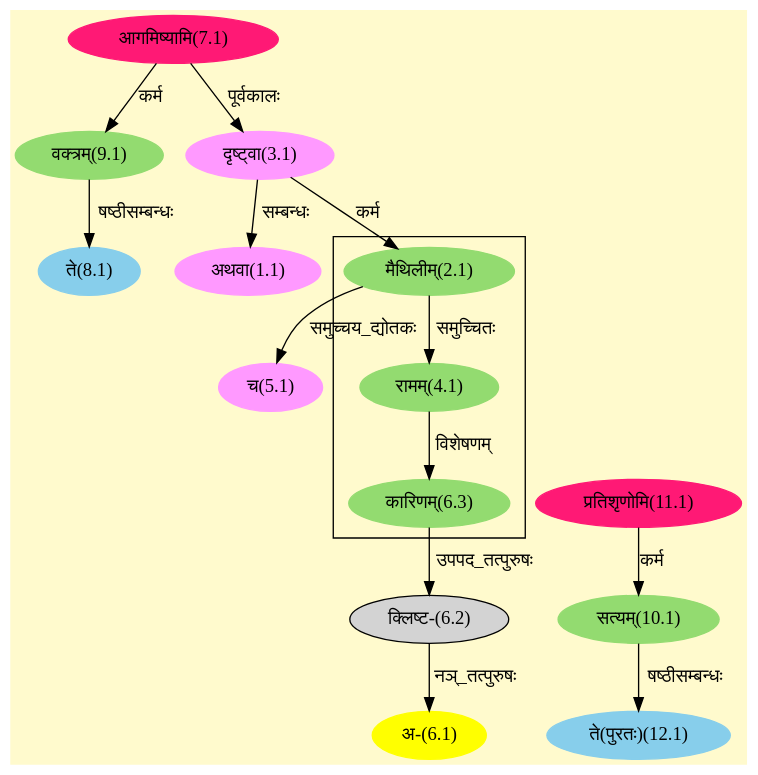
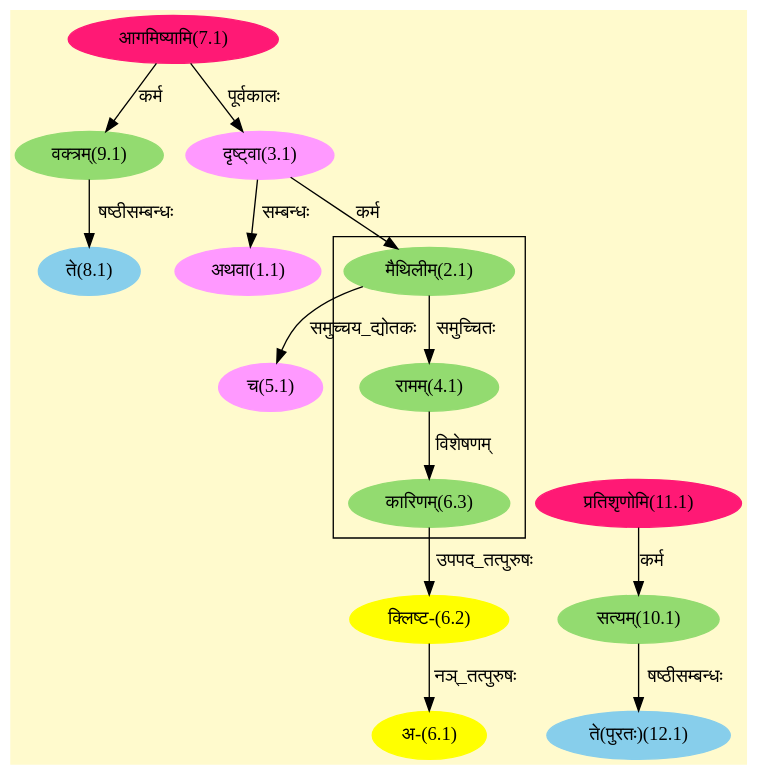
Before and after one commit to amarranjan1/skd.github.io: the diagram in assets/graphs/01_148_1.dot, drawn with Graphviz. The commit also changed 60 other files, not shown here.

```diff
--- a/assets/graphs/01_148_1.dot
+++ b/assets/graphs/01_148_1.dot
@@ -1,40 +1,40 @@
 digraph G{
 rankdir=BT;
  compound=true;
  bgcolor="lemonchiffon1";
 
 subgraph cluster_1{
 Node4_1 [style=filled, color="#93DB70" label = "रामम्(4.1)"]
 Node2_1 [style=filled, color="#93DB70" label = "मैथिलीम्(2.1)"]
 Node6_3 [style=filled, color="#93DB70" label = "कारिणम्(6.3)"]
 
 }
 Node1_1 [style=filled, color="#FF99FF" label = "अथवा(1.1)"]
 Node3_1 [style=filled, color="#FF99FF" label = "दृष्ट्वा(3.1)"]
 Node2_1 [style=filled, color="#93DB70" label = "मैथिलीम्(2.1)"]
 Node7_1 [style=filled, color="#FF1975" label = "आगमिष्यामि(7.1)"]
 Node5_1 [style=filled, color="#FF99FF" label = "च(5.1)"]
 Node6_1 [style=filled, color="#FFFF00" label = "अ-(6.1)"]
-Node6_2 [style=filled, color="" label = "क्लिष्ट-(6.2)"]
+Node6_2 [style=filled, color="#FFFF00" label = "क्लिष्ट-(6.2)"]
 Node6_3 [style=filled, color="#93DB70" label = "कारिणम्(6.3)"]
 Node [style=filled, color="" label = "()"]
 Node8_1 [style=filled, color="#87CEEB" label = "ते(8.1)"]
 Node9_1 [style=filled, color="#93DB70" label = "वक्त्रम्(9.1)"]
 Node10_1 [style=filled, color="#93DB70" label = "सत्यम्(10.1)"]
 Node11_1 [style=filled, color="#FF1975" label = "प्रतिशृणोमि(11.1)"]
 Node12_1 [style=filled, color="#87CEEB" label = "ते(पुरतः)(12.1)"]
 /* Start of Relations section */
 
 Node1_1 -> Node3_1 [  label="सम्बन्धः"  dir="back" ]
 Node2_1 -> Node3_1 [  label="कर्म"  dir="back" ]
 Node3_1 -> Node7_1 [  label="पूर्वकालः"  dir="back" ]
 Node4_1 -> Node2_1 [  label="समुच्चितः"  dir="back" ]
 Node5_1 -> Node2_1 [  label="समुच्चय_द्योतकः"  dir="back" ]
 Node6_1 -> Node6_2 [  label="नञ्_तत्पुरुषः"  dir="back" ]
 Node6_2 -> Node6_3 [  label="उपपद_तत्पुरुषः"  dir="back" ]
 Node6_3 -> Node4_1 [  label="विशेषणम्"  dir="back" ]
 Node8_1 -> Node9_1 [  label="षष्ठीसम्बन्धः"  dir="back" ]
 Node9_1 -> Node7_1 [  label="कर्म"  dir="back" ]
 Node10_1 -> Node11_1 [  label="कर्म"  dir="back" ]
 Node12_1 -> Node10_1 [  label="षष्ठीसम्बन्धः"  dir="back" ]
 }
```
